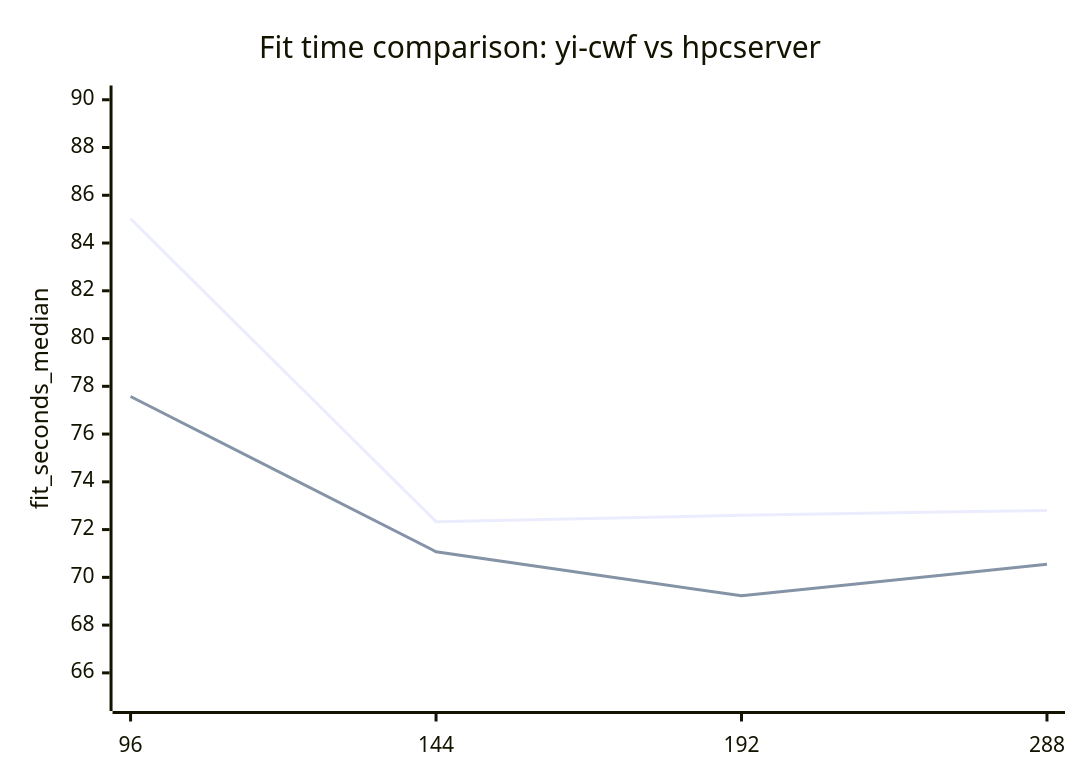
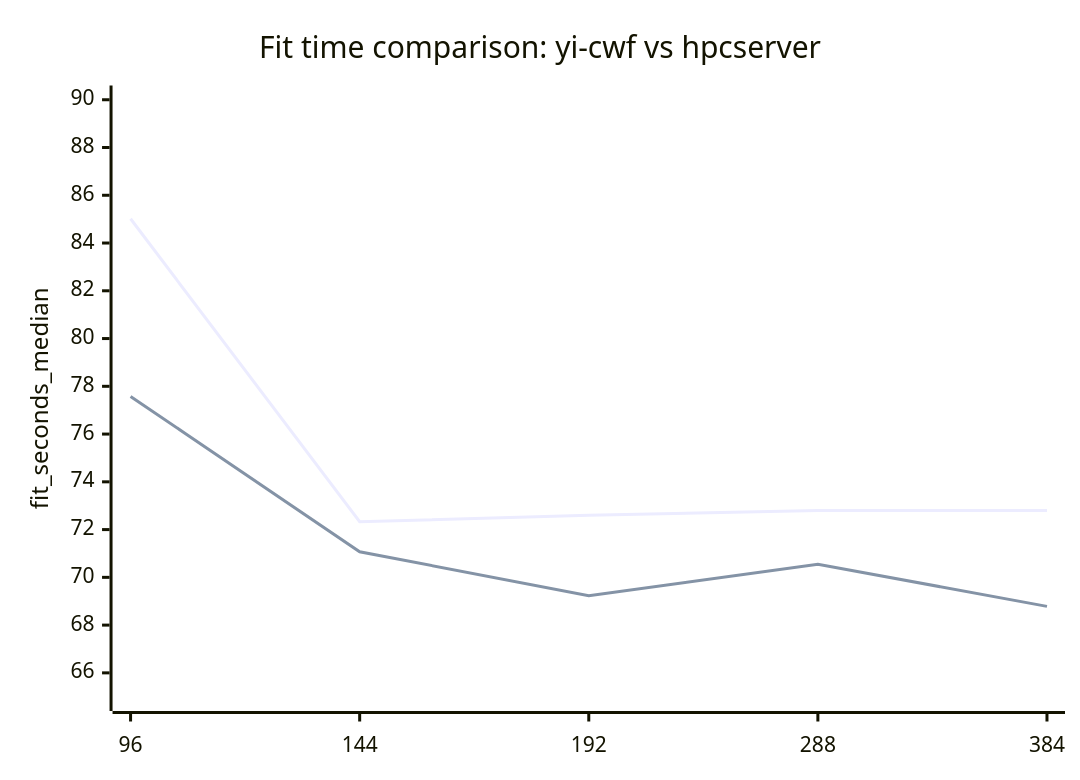
One commit to bobjiang82/deepforest-cwf changed the first of 3 diagrams in docs/compare-yi-cwf-vs-hpcserver-scaling.md. Above: the diagram before and after it, drawn with Mermaid. The commit also changed other lines of this file, not shown here.

Commit message:
docs: update scaling comparison charts

````diff
--- a/docs/compare-yi-cwf-vs-hpcserver-scaling.md
+++ b/docs/compare-yi-cwf-vs-hpcserver-scaling.md
@@ -52,8 +52,8 @@
 ```mermaid
 xychart-beta
     title "Fit time comparison: yi-cwf vs hpcserver"
-    x-axis [96, 144, 192, 288]
+    x-axis [96, 144, 192, 288, 384]
     y-axis "fit_seconds_median" 65 --> 90
-    line [85.015907, 72.330963, 72.599859, 72.804610]
-    line [77.574735, 71.073055, 69.226232, 70.550359]
+    line [85.015907, 72.330963, 72.599859, 72.804610, 72.804610]
+    line [77.574735, 71.073055, 69.226232, 70.550359, 68.785441]
 ```
````
